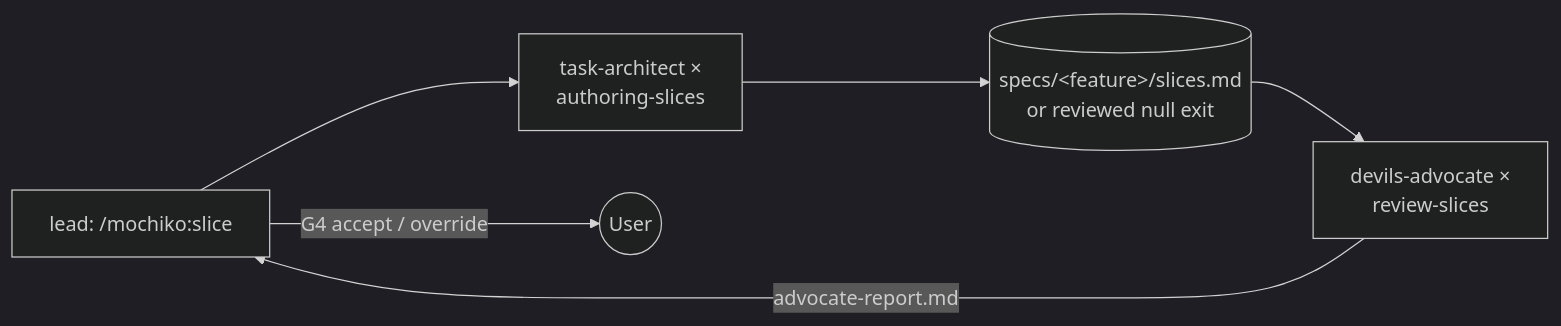
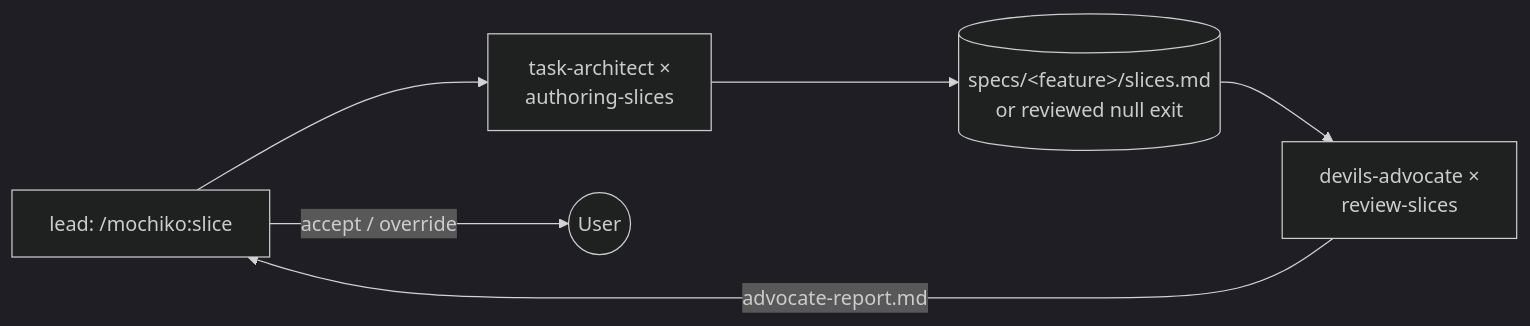
The sixth of 8 diagrams in ARCHITECTURE.md (humaninloop-dev/mochiko), drawn with Mermaid (dark theme) before and after one commit. The commit also changed other lines of this file and 25 other files, not shown here.

````diff
--- a/ARCHITECTURE.md
+++ b/ARCHITECTURE.md
@@ -190,10 +191,10 @@
 ```mermaid
 flowchart LR
   lead["lead: /mochiko:slice"]
   producer["task-architect ×<br/>authoring-slices"]
   reviewer["devils-advocate ×<br/>review-slices"]
   lead --> producer
   producer --> slices[("specs/&lt;feature&gt;/slices.md<br/>or reviewed null exit")]
   slices --> reviewer -->|"advocate-report.md"| lead
-  lead -->|"G4 accept / override"| user(("User"))
+  lead -->|"accept / override"| user(("User"))
 ```
````
